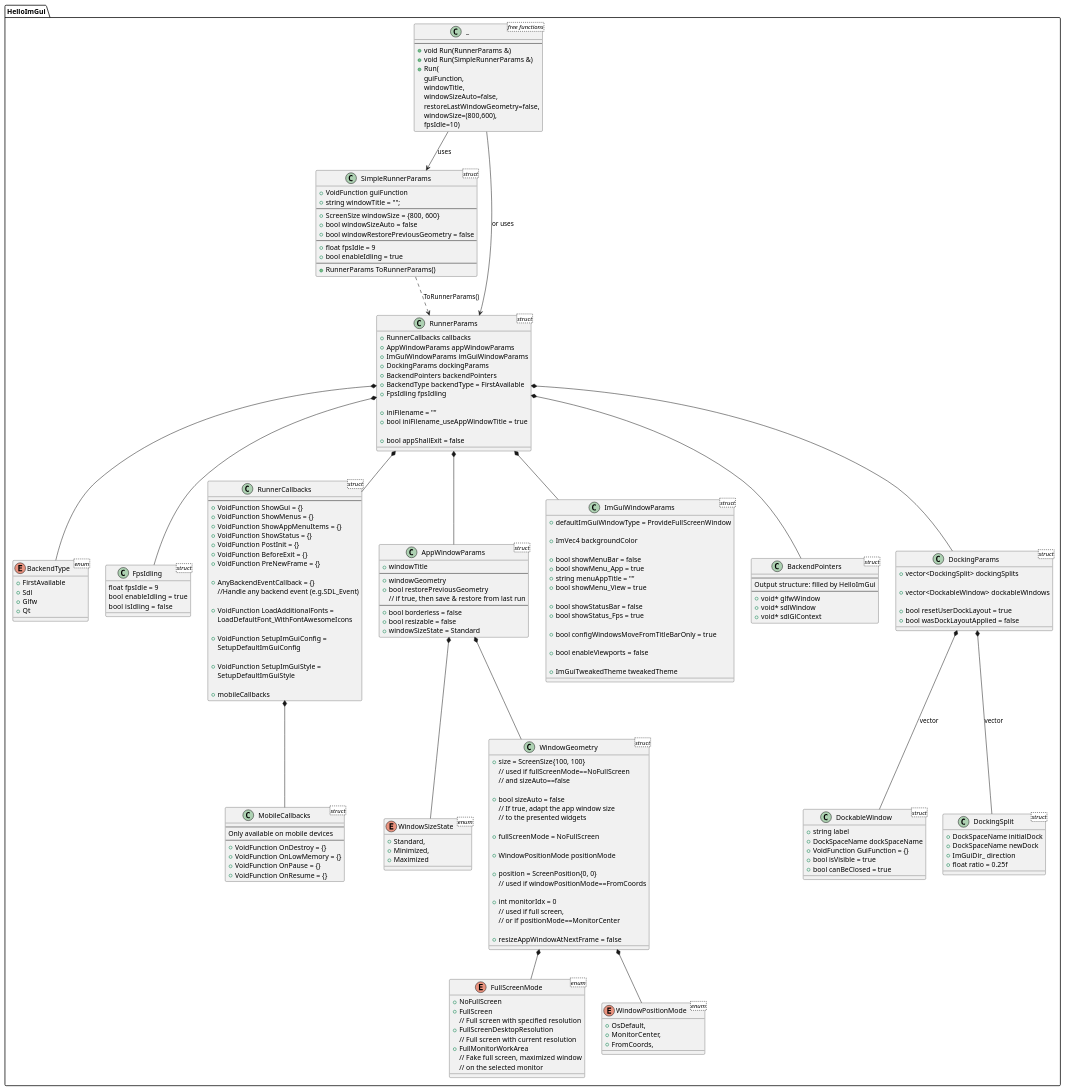
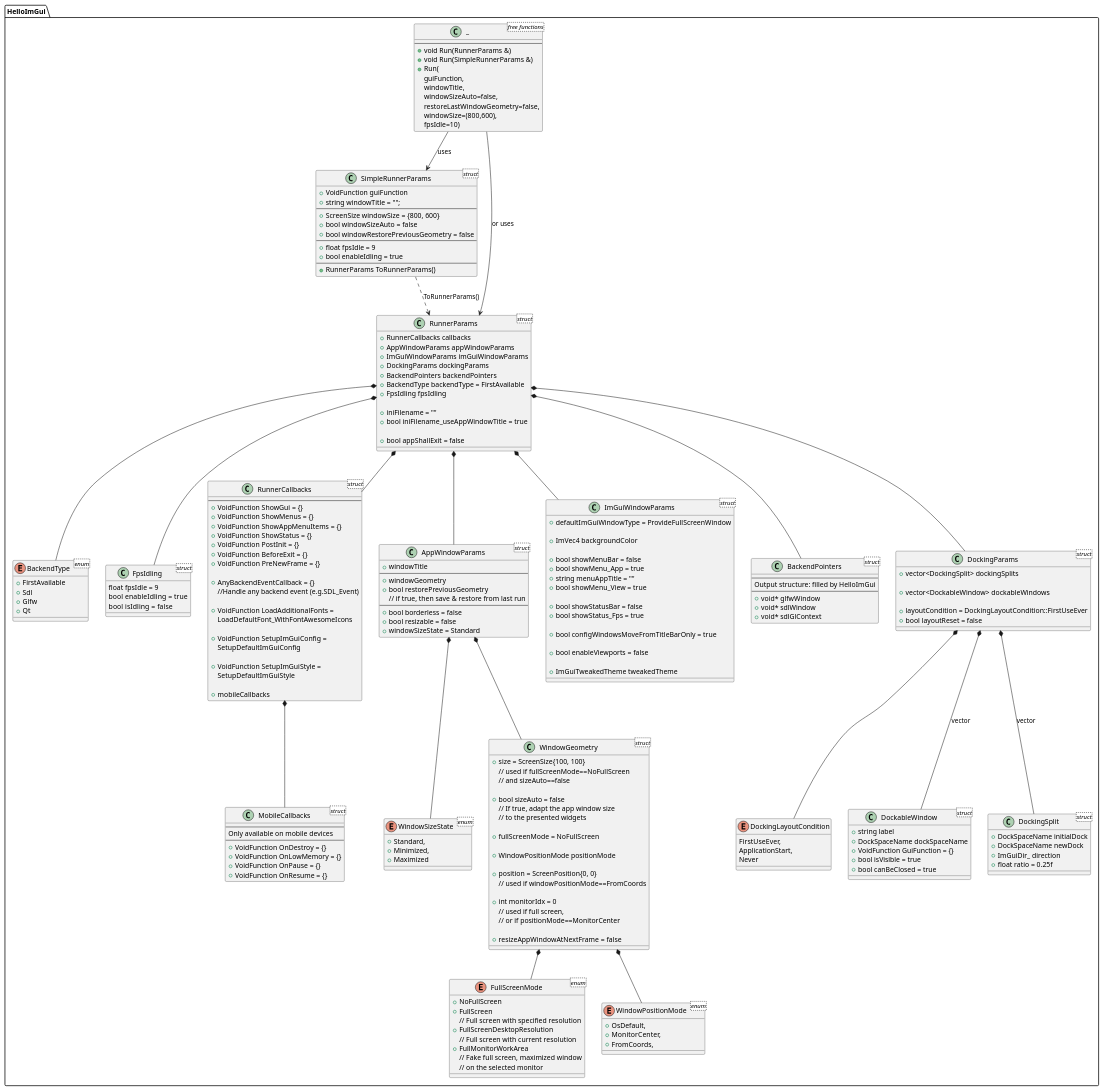
Before and after one commit to pthom/hello_imgui: the diagram in src/hello_imgui/doc_src/hello_imgui_diagram.puml, drawn with PlantUML. The commit also changed 6 other files, not shown here.

Commit message:
Docking Layout: add layoutCondition + layoutReset

```diff
--- a/src/hello_imgui/doc_src/hello_imgui_diagram.puml
+++ b/src/hello_imgui/doc_src/hello_imgui_diagram.puml
@@ -197,13 +197,19 @@
   + void* sdlGlContext
 }
 
+enum DockingLayoutCondition {
+    FirstUseEver,
+    ApplicationStart,
+    Never
+}
+
 class DockingParams <struct> {
     + vector<DockingSplit> dockingSplits
 
     + vector<DockableWindow> dockableWindows
 
-    + bool resetUserDockLayout = true
-    + bool wasDockLayoutApplied = false
+    + layoutCondition = DockingLayoutCondition::FirstUseEver
+    + bool layoutReset = false
 }
 
 class DockableWindow <struct> {
@@ -228,6 +234,7 @@
 RunnerParams *-- ImGuiWindowParams
 RunnerParams *-- BackendPointers
 RunnerParams *-- DockingParams
+DockingParams *-- DockingLayoutCondition
 DockingParams *-- DockableWindow : vector
 DockingParams *-- DockingSplit : vector
 
```
